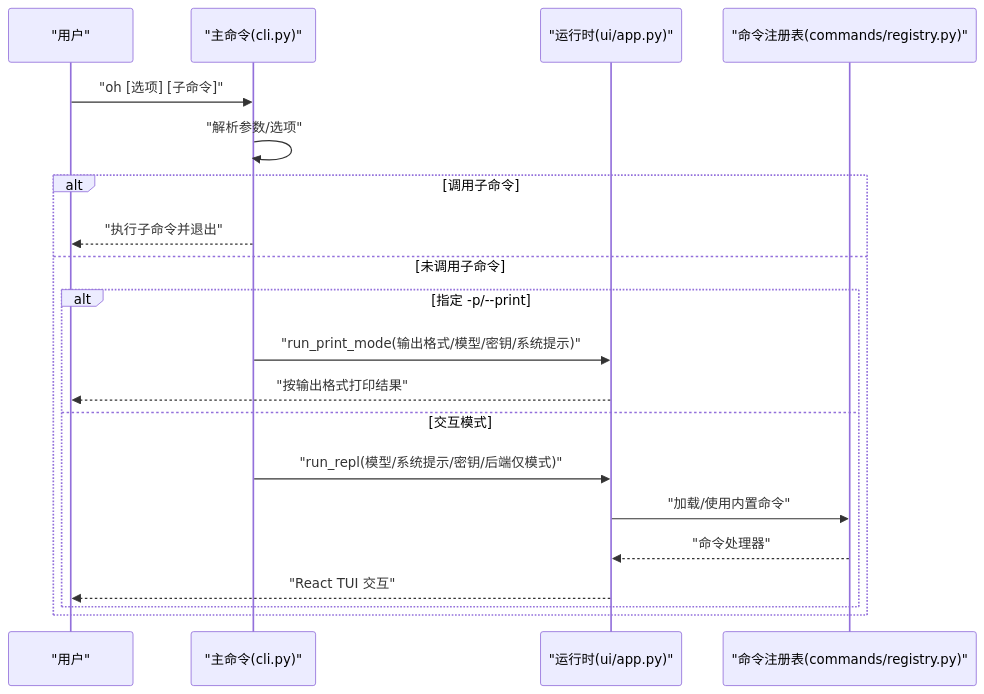
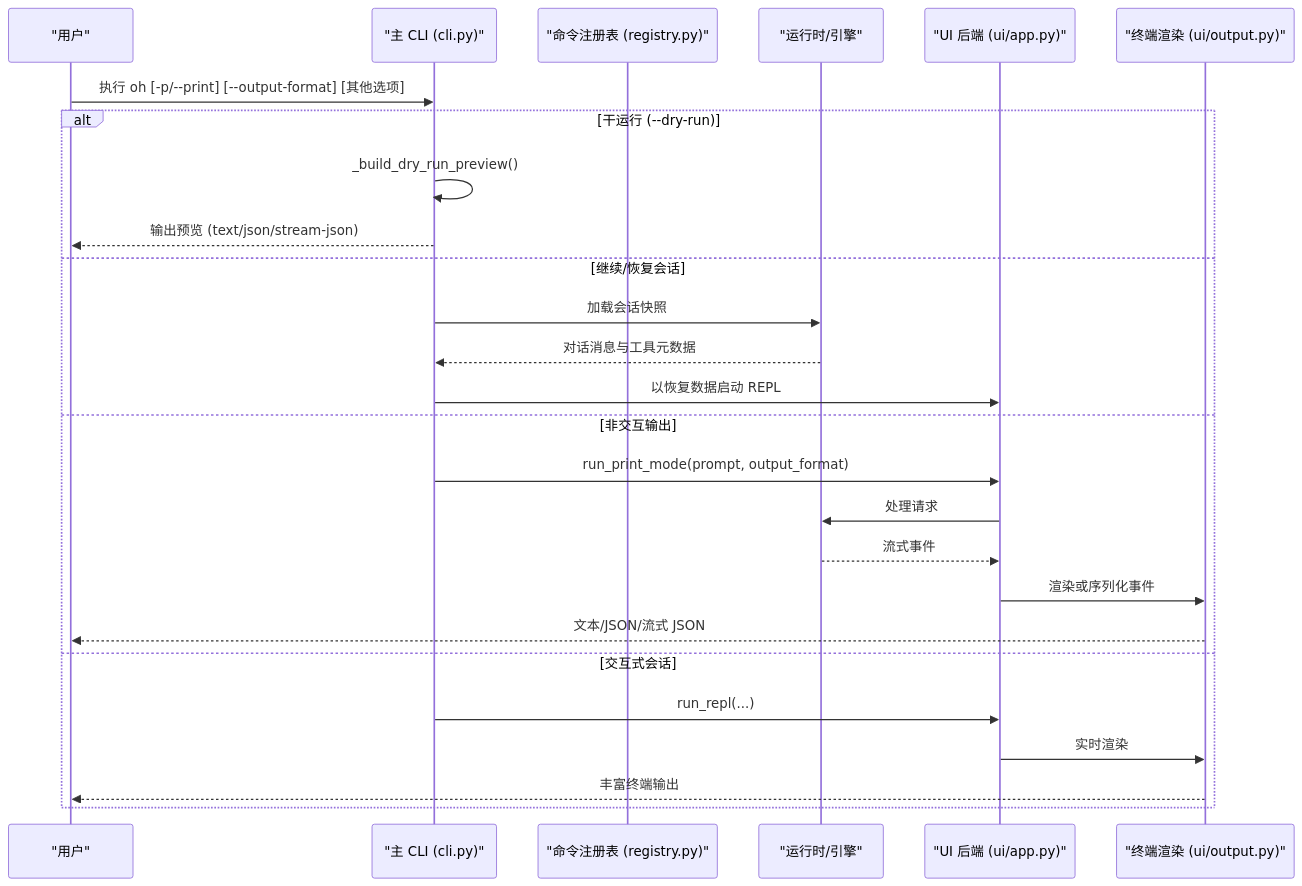
One commit to haolange/OpenHarness changed the second of 4 diagrams in .qoder/repowiki/zh/content/命令行界面/命令行界面.md. Above: the diagram before and after it, drawn with Mermaid. The commit also changed other lines of this file and 222 other files, not shown here.

````diff
--- a/.qoder/repowiki/zh/content/命令行界面/命令行界面.md
+++ b/.qoder/repowiki/zh/content/命令行界面/命令行界面.md
@@ -93,22 +109,28 @@
 ```mermaid
 sequenceDiagram
-participant U as "用户"
-participant CLI as "主命令(cli.py)"
-participant UI as "运行时(ui/app.py)"
-participant REG as "命令注册表(commands/registry.py)"
-U->>CLI : "oh [选项] [子命令]"
-CLI->>CLI : "解析参数/选项"
-alt 调用子命令
-CLI-->>U : "执行子命令并退出"
-else 未调用子命令
-alt 指定 -p/--print
-CLI->>UI : "run_print_mode(输出格式/模型/密钥/系统提示)"
-UI-->>U : "按输出格式打印结果"
-else 交互模式
-CLI->>UI : "run_repl(模型/系统提示/密钥/后端仅模式)"
-UI->>REG : "加载/使用内置命令"
-REG-->>UI : "命令处理器"
-UI-->>U : "React TUI 交互"
-end
+participant User as "用户"
+participant CLI as "主 CLI (cli.py)"
+participant Registry as "命令注册表 (registry.py)"
+participant Runtime as "运行时/引擎"
+participant UI as "UI 后端 (ui/app.py)"
+participant Renderer as "终端渲染 (ui/output.py)"
+User->>CLI : 执行 oh [-p/--print] [--output-format] [其他选项]
+alt 干运行 (--dry-run)
+CLI->>CLI : _build_dry_run_preview()
+CLI-->>User : 输出预览 (text/json/stream-json)
+else 继续/恢复会话
+CLI->>Runtime : 加载会话快照
+Runtime-->>CLI : 对话消息与工具元数据
+CLI->>UI : 以恢复数据启动 REPL
+else 非交互输出
+CLI->>UI : run_print_mode(prompt, output_format)
+UI->>Runtime : 处理请求
+Runtime-->>UI : 流式事件
+UI->>Renderer : 渲染或序列化事件
+Renderer-->>User : 文本/JSON/流式 JSON
+else 交互式会话
+CLI->>UI : run_repl(...)
+UI->>Renderer : 实时渲染
+Renderer-->>User : 丰富终端输出
 end
 ```
````
